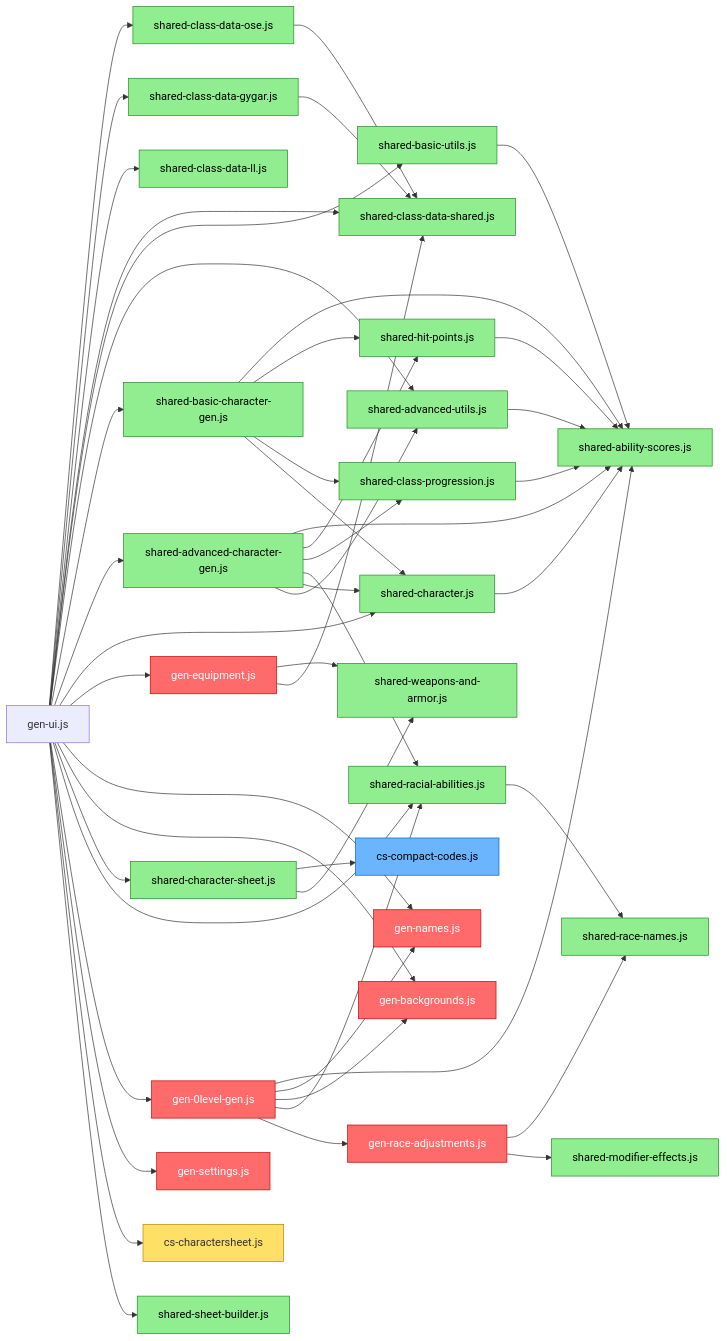
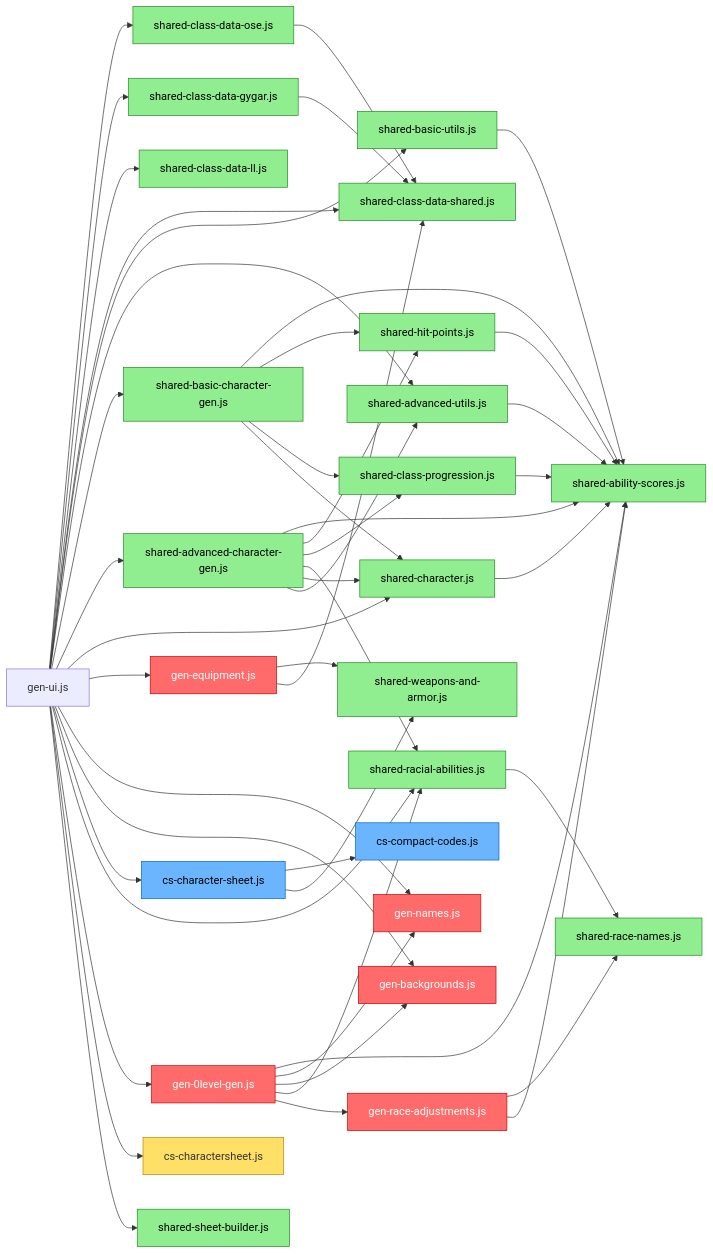
Before and after one commit to bmfrosty/ose-level-0: the second of 2 diagrams in FLOWCHART.md, drawn with Mermaid. The commit also changed other lines of this file and 10 other files, not shown here.

```diff
--- a/FLOWCHART.md
+++ b/FLOWCHART.md
@@ -120,13 +120,11 @@
     racial["shared-racial-abilities.js"]
     racenames["shared-race-names.js"]
     eq["gen-equipment.js"]
-    settings["gen-settings.js"]
     names["gen-names.js"]
     bg["gen-backgrounds.js"]
-    modeff["shared-modifier-effects.js"]
     abilsc["shared-ability-scores.js"]
     sheetbuilder["shared-sheet-builder.js"]
-    charsheetjs["shared-character-sheet.js"]
+    charsheetjs["cs-character-sheet.js"]
     compact["cs-compact-codes.js"]
     wa["shared-weapons-and-armor.js"]
     cdshared["shared-class-data-shared.js"]
@@ -134,9 +132,9 @@
     cdgygar["shared-class-data-gygar.js"]
     cdll["shared-class-data-ll.js"]
 
-    class basicgen,advgen,basicutils,advutils,clsprog,char,hp,racial,racenames,modeff,abilsc,sheetbuilder,charsheetjs,wa,cdshared,cdose,cdgygar,cdll shared
-    class zgen,racadj,eq,settings,names,bg genOnly
-    class compact csOnly
+    class basicgen,advgen,basicutils,advutils,clsprog,char,hp,racial,racenames,abilsc,sheetbuilder,wa,cdshared,cdose,cdgygar,cdll shared
+    class zgen,racadj,eq,names,bg genOnly
+    class charsheetjs,compact csOnly
     style csjs fill:#ffe066,stroke:#b8860b,color:#333
 
     %% gen-ui.js static imports
@@ -155,11 +153,10 @@
     genui --> charsheetjs
     genui --> racial
     genui --> zgen
-    genui --> settings
     genui --> csjs
     genui --> sheetbuilder
 
-    %% cs-charactersheet.js — not expanded here, see diagram above
+    %% cs-character-sheet.js — not expanded here; gen-ui.js uses it for inline preview only
     charsheetjs --> compact
     charsheetjs --> wa
 
@@ -191,7 +188,7 @@
     hp         --> abilsc
 
     racadj --> racenames
-    racadj --> modeff
+    racadj --> abilsc
     racial --> racenames
 
     eq --> wa
```
